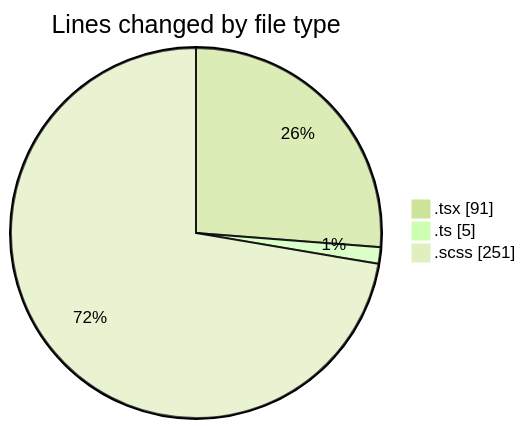
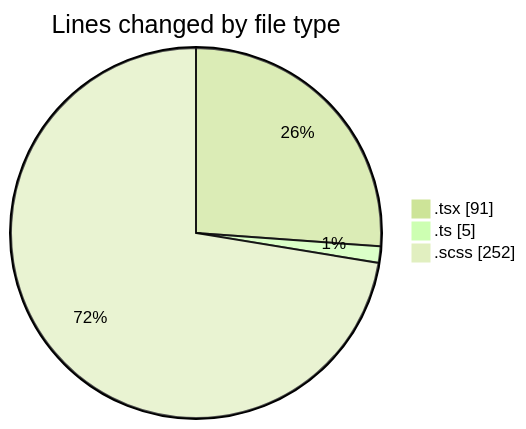
Before and after one commit to momahboobian/code-tracking: the first of 2 diagrams in 2025-02-28/cda/README.md, drawn with Mermaid (forest theme). The commit also changed other lines of this file and 1 other file, not shown here.

````diff
--- a/2025-02-28/cda/README.md
+++ b/2025-02-28/cda/README.md
@@ -24,7 +24,7 @@
 ```mermaid
 pie showData
 title Lines changed by file type
 ".tsx" : 91
 ".ts" : 5
-".scss" : 251
+".scss" : 252
 ```
````
